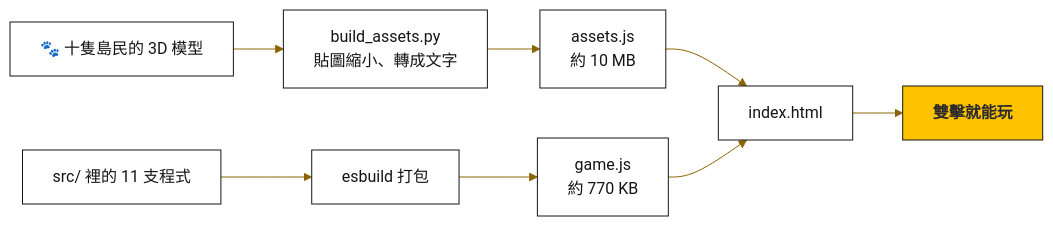
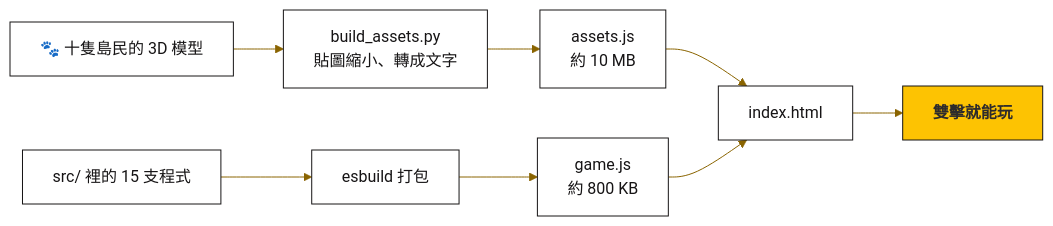
Before and after one commit to nanhong-byte/cozy-isle-payback: the diagram in README.md, drawn with Mermaid. The commit also changed other lines of this file and 12 other files, not shown here.

Commit message:
README：v1.3 截圖與說明同步（Banner 35 招、八個新絕招實機圖、稱號／防沉迷／更新公告）

````diff
--- a/README.md
+++ b/README.md
@@ -333,11 +352,11 @@
 ```mermaid
 %%{init: {'theme':'base','themeVariables':{'fontFamily':'PingFang TC, Microsoft JhengHei, Noto Sans TC, sans-serif','primaryColor':'#FFFFFF','primaryTextColor':'#161415','primaryBorderColor':'#161415','lineColor':'#8A6400','secondaryColor':'#FDE68A','tertiaryColor':'#F5F5F5','clusterBkg':'#F5F5F5','clusterBorder':'#D9D9D9','edgeLabelBackground':'#F5F5F5'}}}%%
 flowchart LR
   A["🐾 十隻島民的 3D 模型"] --> B["build_assets.py<br>貼圖縮小、轉成文字"] --> C["assets.js<br>約 10 MB"]
-  D["src/ 裡的 11 支程式"] --> E["esbuild 打包"] --> F["game.js<br>約 770 KB"]
+  D["src/ 裡的 15 支程式"] --> E["esbuild 打包"] --> F["game.js<br>約 800 KB"]
   C --> G["index.html"]
   F --> G
   G --> H["雙擊就能玩"]
   classDef gold fill:#FDC302,stroke:#161415,color:#2D2B2C,font-weight:bold
   class H gold
 ```
````
